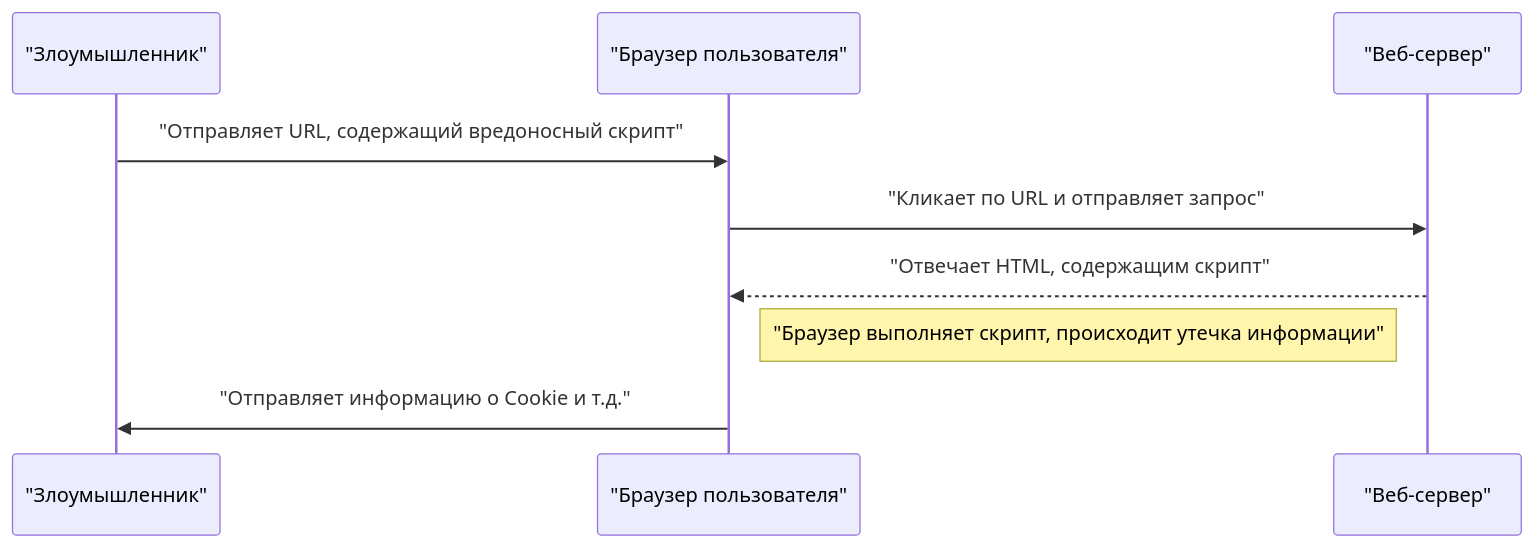
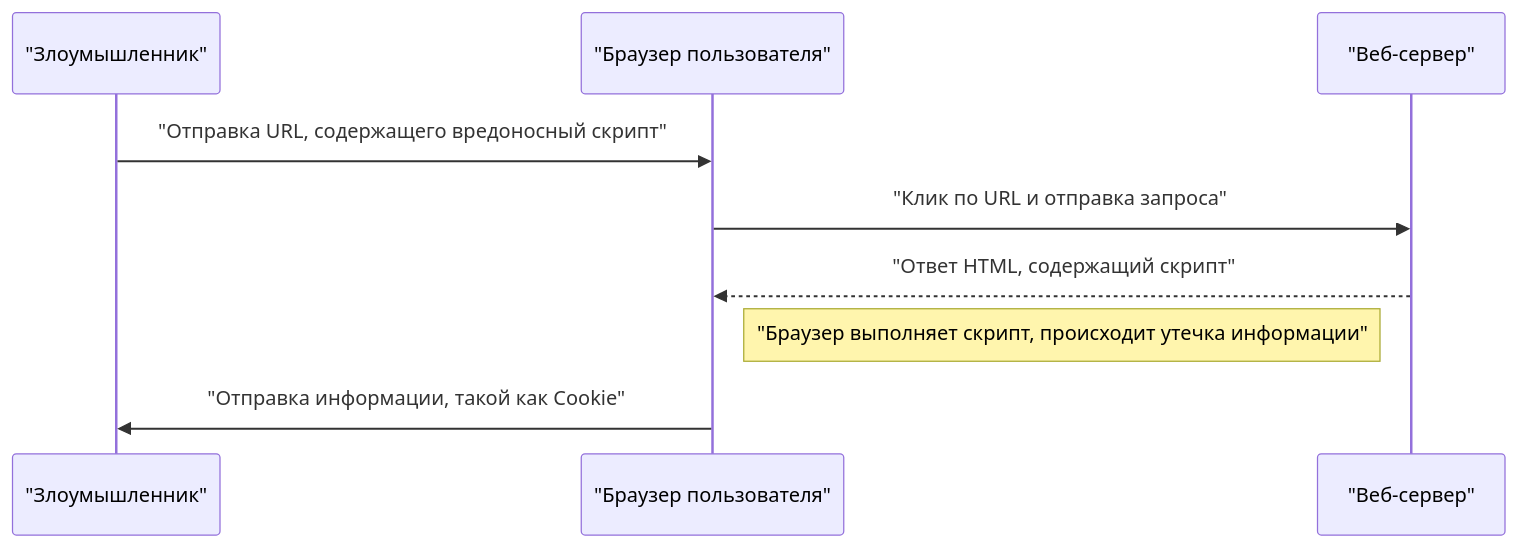
The first of 2 diagrams in content/post/web-application-vulnerability-owasp-top-10/index.ru.md (kenjinote/blog), drawn with Mermaid before and after one commit. The commit also changed other lines of this file and 12 other files, not shown here.

````diff
--- a/content/post/web-application-vulnerability-owasp-top-10/index.ru.md
+++ b/content/post/web-application-vulnerability-owasp-top-10/index.ru.md
@@ -170,12 +170,12 @@
 ```mermaid
 sequenceDiagram
     participant "Злоумышленник"
     participant "Браузер пользователя"
     participant "Веб-сервер"
 
-    "Злоумышленник"->>"Браузер пользователя": "Отправляет URL, содержащий вредоносный скрипт"
-    "Браузер пользователя"->>"Веб-сервер": "Кликает по URL и отправляет запрос"
-    "Веб-сервер"-->>"Браузер пользователя": "Отвечает HTML, содержащим скрипт"
+    "Злоумышленник"->>"Браузер пользователя": "Отправка URL, содержащего вредоносный скрипт"
+    "Браузер пользователя"->>"Веб-сервер": "Клик по URL и отправка запроса"
+    "Веб-сервер"-->>"Браузер пользователя": "Ответ HTML, содержащий скрипт"
     Note right of "Браузер пользователя": "Браузер выполняет скрипт, происходит утечка информации"
-    "Браузер пользователя"->>"Злоумышленник": "Отправляет информацию о Cookie и т.д."
+    "Браузер пользователя"->>"Злоумышленник": "Отправка информации, такой как Cookie"
 ```
````
